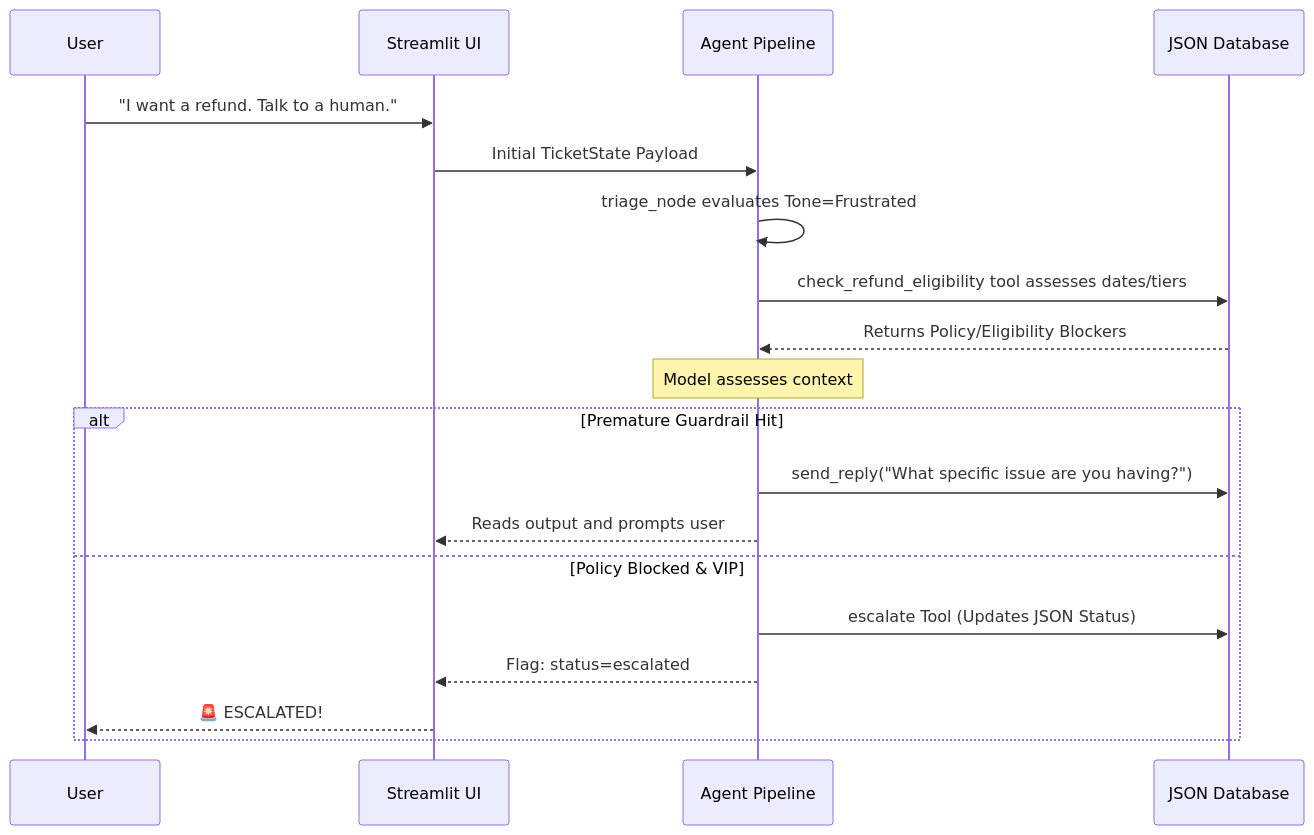
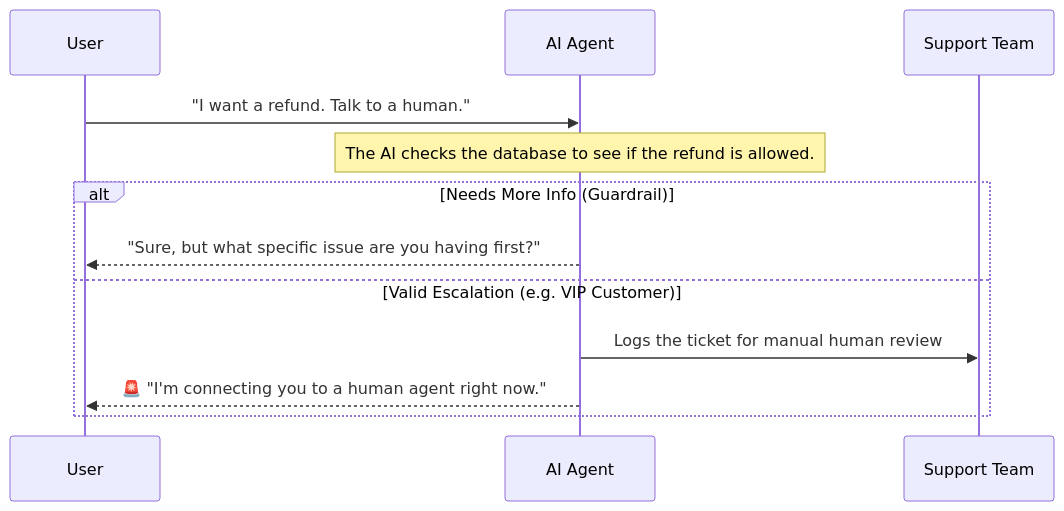
Before and after one commit to VaibhavMittalData/SupportAgent: the third of 3 diagrams in ARCHITECTURE.md, drawn with Mermaid. The commit also changed other lines of this file, not shown here.

Commit message:
Simplify escalation workflow explanation in documentation

````diff
--- a/ARCHITECTURE.md
+++ b/ARCHITECTURE.md
@@ -67,26 +69,17 @@
 ```mermaid
 sequenceDiagram
     participant User
-    participant Streamlit UI
-    participant Agent Pipeline
-    participant JSON Database
+    participant AI Agent
+    participant Support Team
     
-    User->>Streamlit UI: "I want a refund. Talk to a human."
-    Streamlit UI->>Agent Pipeline: Initial TicketState Payload
+    User->>AI Agent: "I want a refund. Talk to a human."
     
-    Agent Pipeline->>Agent Pipeline: triage_node evaluates Tone=Frustrated
+    note over AI Agent: The AI checks the database to see if the refund is allowed.
     
-    Agent Pipeline->>JSON Database: check_refund_eligibility tool assesses dates/tiers
-    JSON Database-->>Agent Pipeline: Returns Policy/Eligibility Blockers
-    
-    note over Agent Pipeline: Model assesses context
-    
-    alt Premature Guardrail Hit
-        Agent Pipeline->>JSON Database: send_reply("What specific issue are you having?")
-        Agent Pipeline-->>Streamlit UI: Reads output and prompts user
-    else Policy Blocked & VIP
-        Agent Pipeline->>JSON Database: escalate Tool (Updates JSON Status)
-        Agent Pipeline-->>Streamlit UI: Flag: status=escalated
-        Streamlit UI-->>User: 🚨 ESCALATED!
+    alt Needs More Info (Guardrail)
+        AI Agent-->>User: "Sure, but what specific issue are you having first?"
+    else Valid Escalation (e.g. VIP Customer)
+        AI Agent->>Support Team: Logs the ticket for manual human review
+        AI Agent-->>User: 🚨 "I'm connecting you to a human agent right now."
     end
 ```
````
